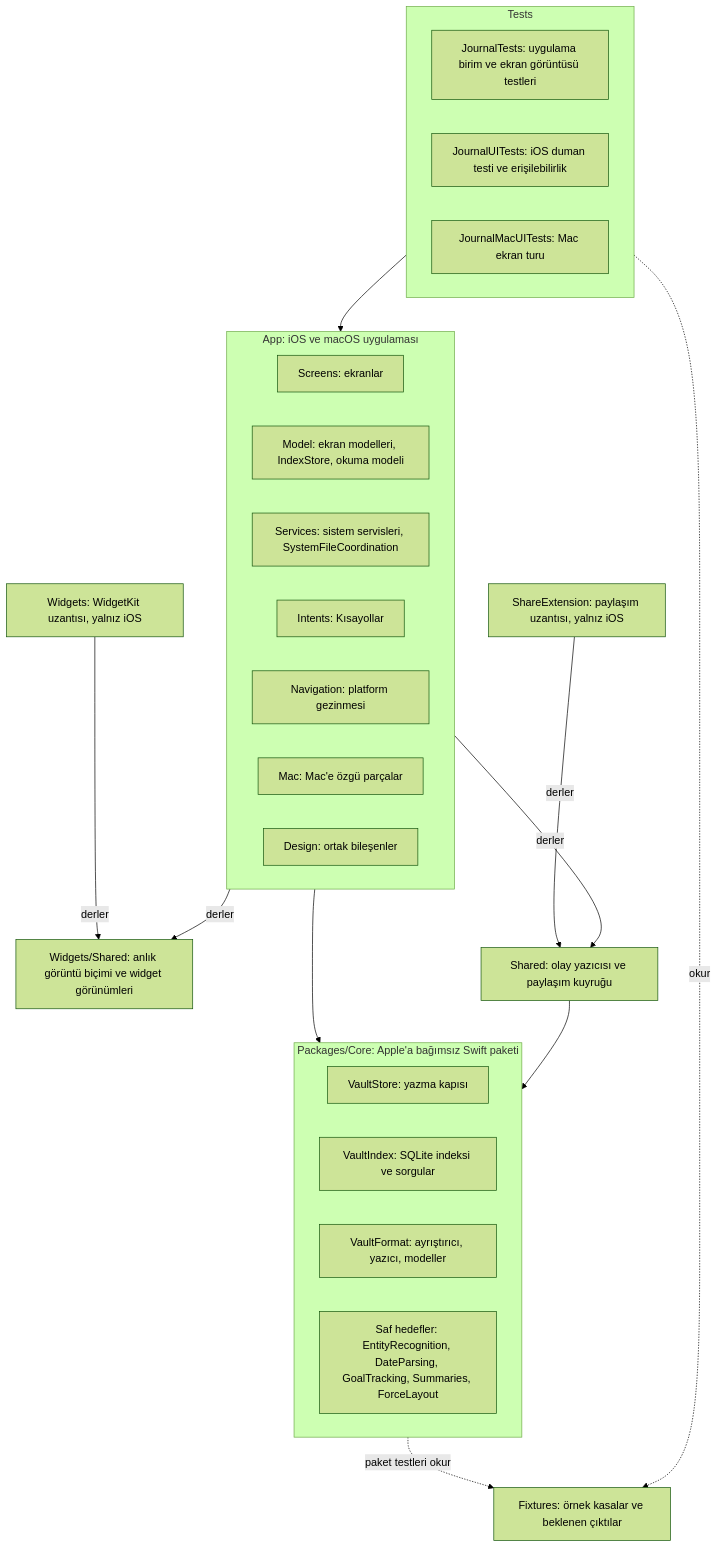
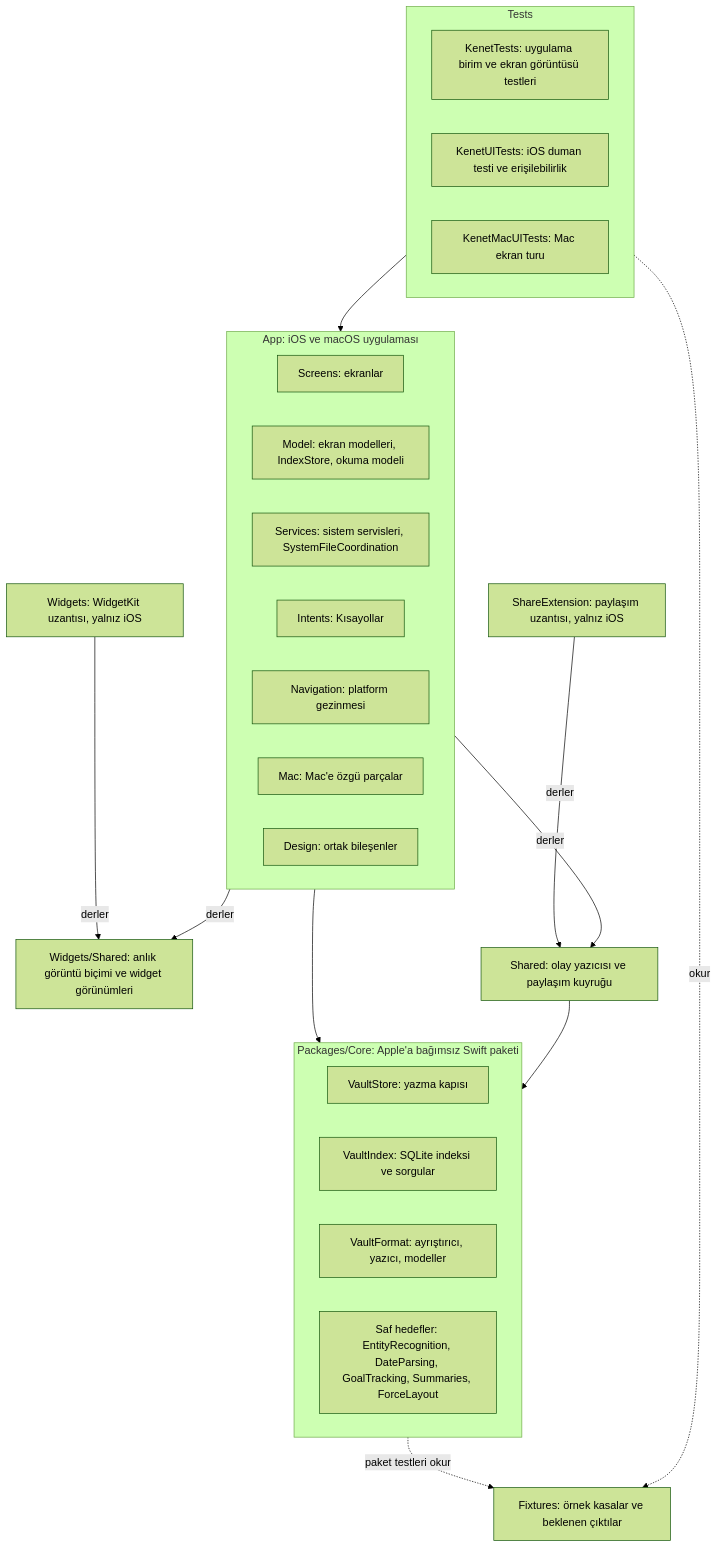
The first of 21 diagrams in docs/architecture.md (dogancanyildiz/kenet), drawn with Mermaid (forest theme) before and after one commit. The commit also changed other lines of this file and 967 other files, not shown here.

Commit message:
chore: kod adı Journal yerine Kenet (#399)

````diff
--- a/docs/architecture.md
+++ b/docs/architecture.md
@@ -36,37 +36,37 @@
 ```mermaid
 flowchart TD
   subgraph AppKatmani["App: iOS ve macOS uygulaması"]
     Screens["Screens: ekranlar"]
     Model["Model: ekran modelleri, IndexStore, okuma modeli"]
     Services["Services: sistem servisleri, SystemFileCoordination"]
     Intents["Intents: Kısayollar"]
     Navigation["Navigation: platform gezinmesi"]
     Mac["Mac: Mac'e özgü parçalar"]
     Design["Design: ortak bileşenler"]
   end
   subgraph CoreKatmani["Packages/Core: Apple'a bağımsız Swift paketi"]
     VaultStore["VaultStore: yazma kapısı"]
     VaultIndex["VaultIndex: SQLite indeksi ve sorgular"]
     VaultFormat["VaultFormat: ayrıştırıcı, yazıcı, modeller"]
     Saf["Saf hedefler: EntityRecognition, DateParsing, GoalTracking, Summaries, ForceLayout"]
   end
   Fixtures["Fixtures: örnek kasalar ve beklenen çıktılar"]
   subgraph TestKatmani["Tests"]
-    JournalTests["JournalTests: uygulama birim ve ekran görüntüsü testleri"]
-    JournalUITests["JournalUITests: iOS duman testi ve erişilebilirlik"]
-    JournalMacUITests["JournalMacUITests: Mac ekran turu"]
+    KenetTests["KenetTests: uygulama birim ve ekran görüntüsü testleri"]
+    KenetUITests["KenetUITests: iOS duman testi ve erişilebilirlik"]
+    KenetMacUITests["KenetMacUITests: Mac ekran turu"]
   end
   Widgets["Widgets: WidgetKit uzantısı, yalnız iOS"]
   Shared["Widgets/Shared: anlık görüntü biçimi ve widget görünümleri"]
   ShareExt["ShareExtension: paylaşım uzantısı, yalnız iOS"]
   EntryWriting["Shared: olay yazıcısı ve paylaşım kuyruğu"]
   AppKatmani --> CoreKatmani
   AppKatmani -- derler --> Shared
   Widgets -- derler --> Shared
   AppKatmani -- derler --> EntryWriting
   ShareExt -- derler --> EntryWriting
   EntryWriting --> CoreKatmani
   TestKatmani --> AppKatmani
   CoreKatmani -. paket testleri okur .-> Fixtures
   TestKatmani -. okur .-> Fixtures
 ```
````
